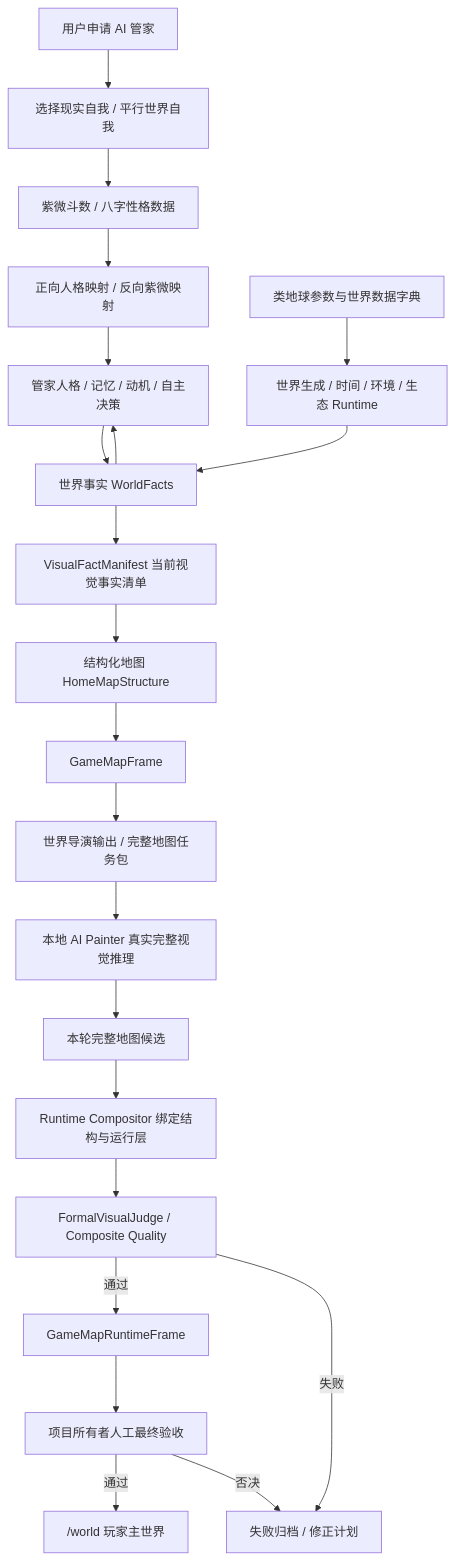
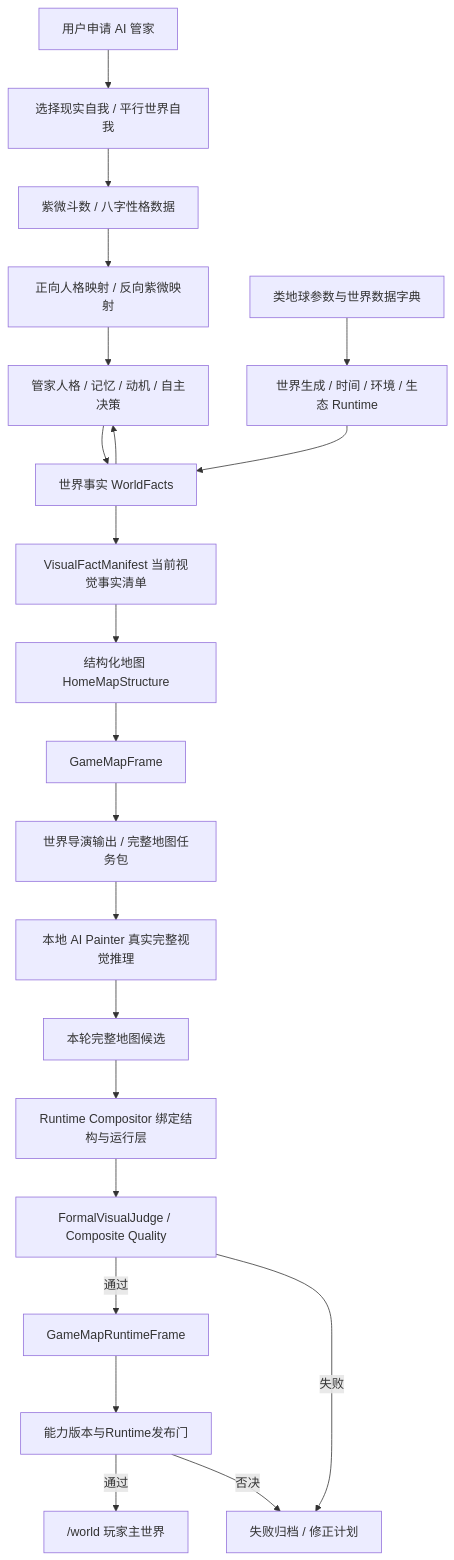
Before and after one commit to zhangshn/AI-PET-WORLD: the first of 5 diagrams in docs/ARCHITECTURE.md, drawn with Mermaid. The commit also changed other lines of this file and 245 other files, not shown here.

````diff
--- a/docs/ARCHITECTURE.md
+++ b/docs/ARCHITECTURE.md
@@ -211,24 +238,24 @@
 ```mermaid
 flowchart TD
   A["用户申请 AI 管家"] --> B["选择现实自我 / 平行世界自我"]
   B --> C["紫微斗数 / 八字性格数据"]
   C --> D["正向人格映射 / 反向紫微映射"]
   D --> E["管家人格 / 记忆 / 动机 / 自主决策"]
   W0["类地球参数与世界数据字典"] --> W1["世界生成 / 时间 / 环境 / 生态 Runtime"]
   W1 --> F["世界事实 WorldFacts"]
   E --> F
   F --> E
   F --> V["VisualFactManifest 当前视觉事实清单"]
   V --> G["结构化地图 HomeMapStructure"]
   G --> H["GameMapFrame"]
   H --> I["世界导演输出 / 完整地图任务包"]
   I --> J["本地 AI Painter 真实完整视觉推理"]
   J --> K["本轮完整地图候选"]
   K --> M["Runtime Compositor 绑定结构与运行层"]
   M --> N["FormalVisualJudge / Composite Quality"]
   N -->|"通过"| O["GameMapRuntimeFrame"]
   N -->|"失败"| P["失败归档 / 修正计划"]
-  O --> R["项目所有者人工最终验收"]
+  O --> R["能力版本与Runtime发布门"]
   R -->|"通过"| Q["/world 玩家主世界"]
   R -->|"否决"| P
 ```
````
